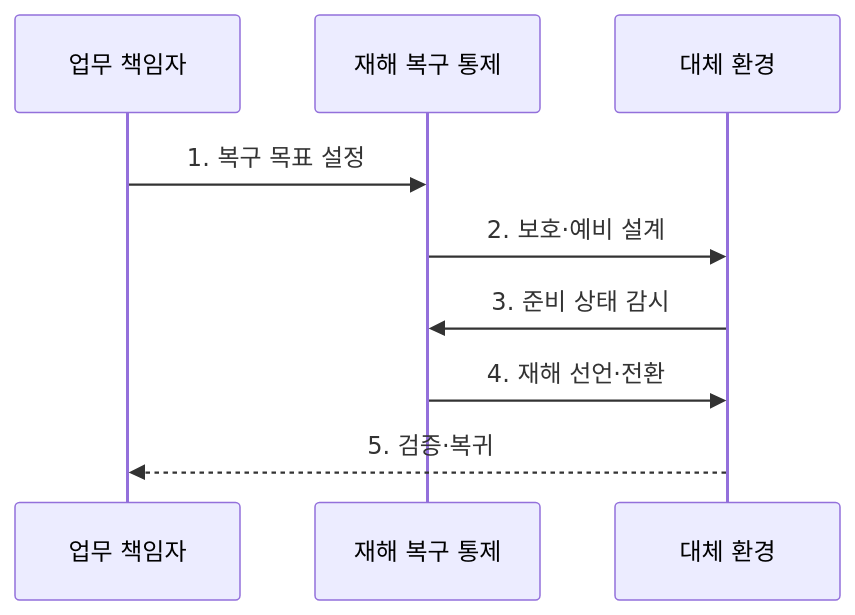
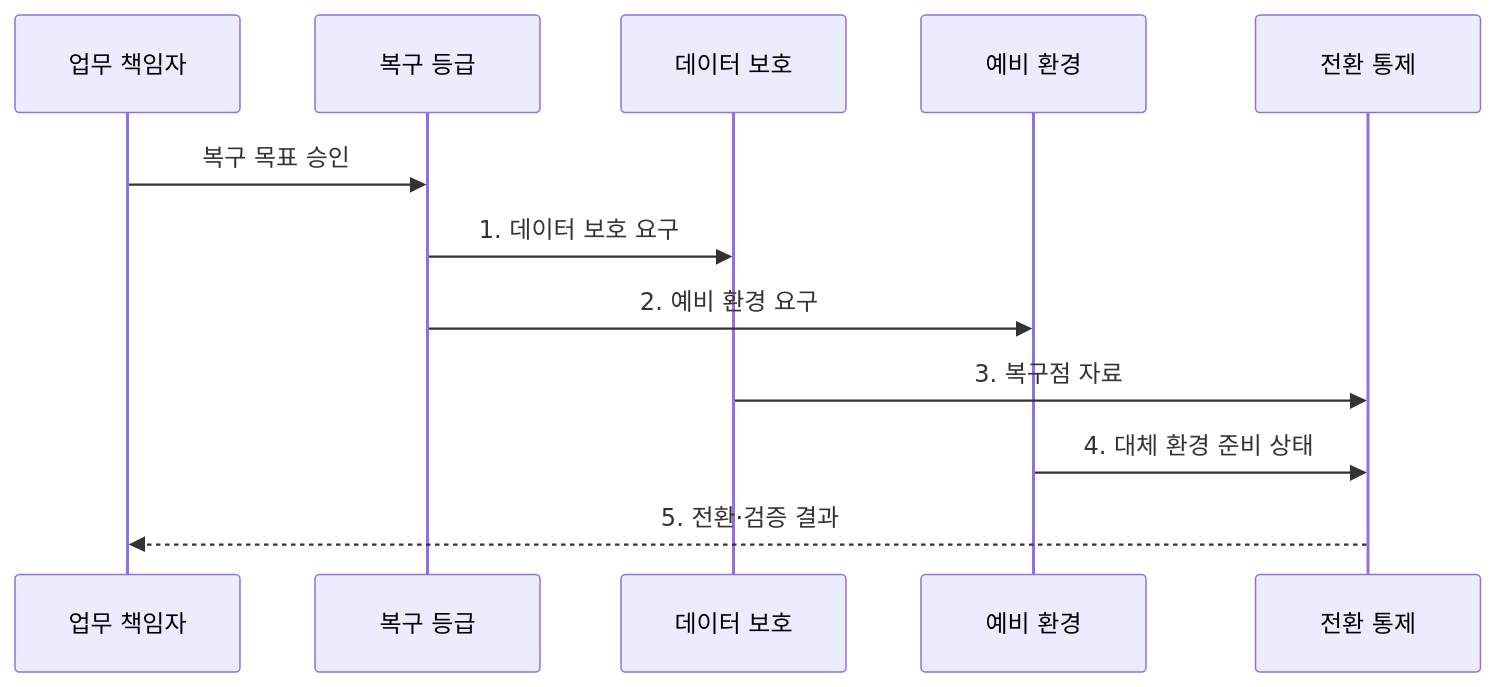
The second of 2 diagrams in src/content/docs/notes/03-software/197_disaster_recovery_rto_rpo.md (agnusdei1207/knowledge-base), drawn with Mermaid before and after one commit. The commit also changed other lines of this file and 20 other files, not shown here.

````diff
--- a/src/content/docs/notes/03-software/197_disaster_recovery_rto_rpo.md
+++ b/src/content/docs/notes/03-software/197_disaster_recovery_rto_rpo.md
@@ -89,11 +90,14 @@
 ```mermaid
 sequenceDiagram
     participant O as 업무 책임자
-    participant D as 재해 복구 통제
-    participant R as 대체 환경
-    O->>D: 1. 복구 목표 설정
-    D->>R: 2. 보호·예비 설계
-    R->>D: 3. 준비 상태 감시
-    D->>R: 4. 재해 선언·전환
-    R-->>O: 5. 검증·복귀
+    participant G as 복구 등급
+    participant B as 데이터 보호
+    participant E as 예비 환경
+    participant D as 전환 통제
+    O->>G: 복구 목표 승인
+    G->>B: 1. 데이터 보호 요구
+    G->>E: 2. 예비 환경 요구
+    B->>D: 3. 복구점 자료
+    E->>D: 4. 대체 환경 준비 상태
+    D-->>O: 5. 전환·검증 결과
 ```
````
